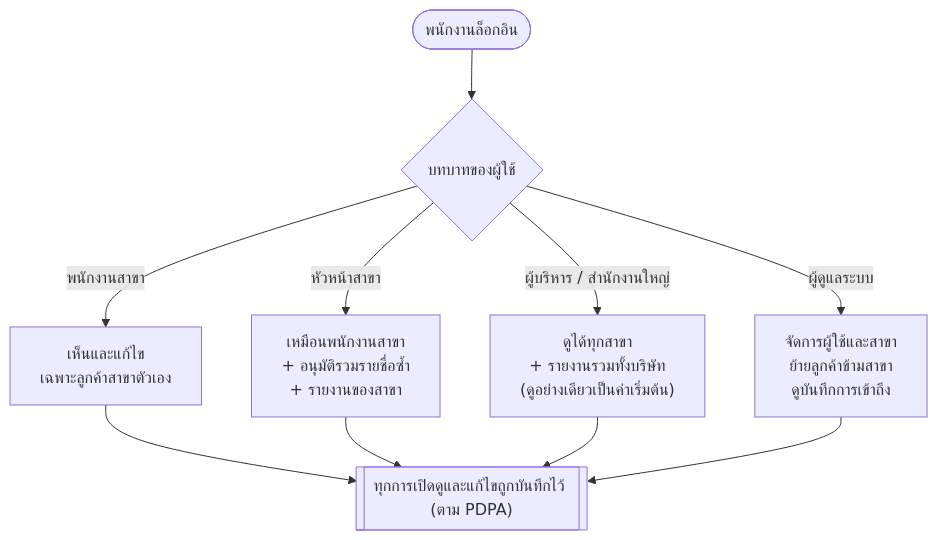
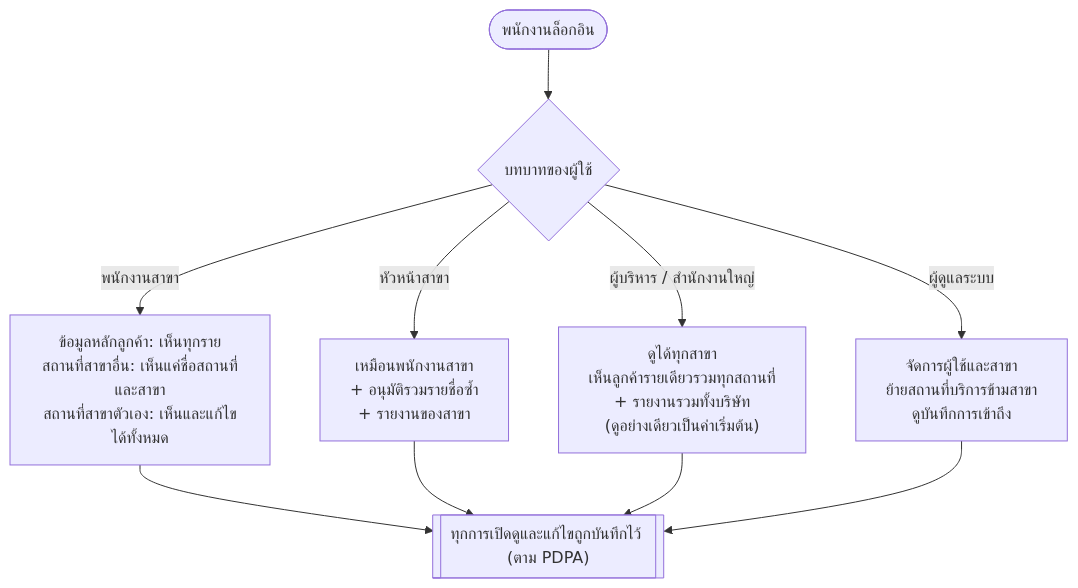
Before and after one commit to warayuthsema-alt/my-house-sh2401: the third of 7 diagrams in docs/research/2026-11-07-advance-group-asia-workflow-diagrams.md, drawn with Mermaid. The commit also changed other lines of this file and 1 other file, not shown here.

First line of the commit message:
Workflow diagrams: support customers served by multiple branches

````diff
--- a/docs/research/2026-11-07-advance-group-asia-workflow-diagrams.md
+++ b/docs/research/2026-11-07-advance-group-asia-workflow-diagrams.md
@@ -82,11 +95,11 @@
 ```mermaid
 flowchart TD
     A(["พนักงานล็อกอิน"]) --> B{"บทบาทของผู้ใช้"}
 
-    B -- "พนักงานสาขา" --> C["เห็นและแก้ไข<br/>เฉพาะลูกค้าสาขาตัวเอง"]
+    B -- "พนักงานสาขา" --> C["ข้อมูลหลักลูกค้า: เห็นทุกราย<br/>สถานที่สาขาอื่น: เห็นแค่ชื่อสถานที่และสาขา<br/>สถานที่สาขาตัวเอง: เห็นและแก้ไขได้ทั้งหมด"]
     B -- "หัวหน้าสาขา" --> D["เหมือนพนักงานสาขา<br/>+ อนุมัติรวมรายชื่อซ้ำ<br/>+ รายงานของสาขา"]
-    B -- "ผู้บริหาร / สำนักงานใหญ่" --> E["ดูได้ทุกสาขา<br/>+ รายงานรวมทั้งบริษัท<br/>(ดูอย่างเดียวเป็นค่าเริ่มต้น)"]
-    B -- "ผู้ดูแลระบบ" --> F["จัดการผู้ใช้และสาขา<br/>ย้ายลูกค้าข้ามสาขา<br/>ดูบันทึกการเข้าถึง"]
+    B -- "ผู้บริหาร / สำนักงานใหญ่" --> E["ดูได้ทุกสาขา<br/>เห็นลูกค้ารายเดียวรวมทุกสถานที่<br/>+ รายงานรวมทั้งบริษัท<br/>(ดูอย่างเดียวเป็นค่าเริ่มต้น)"]
+    B -- "ผู้ดูแลระบบ" --> F["จัดการผู้ใช้และสาขา<br/>ย้ายสถานที่บริการข้ามสาขา<br/>ดูบันทึกการเข้าถึง"]
 
     C & D & E & F --> G[["ทุกการเปิดดูและแก้ไขถูกบันทึกไว้ (ตาม PDPA)"]]
 ```
````
